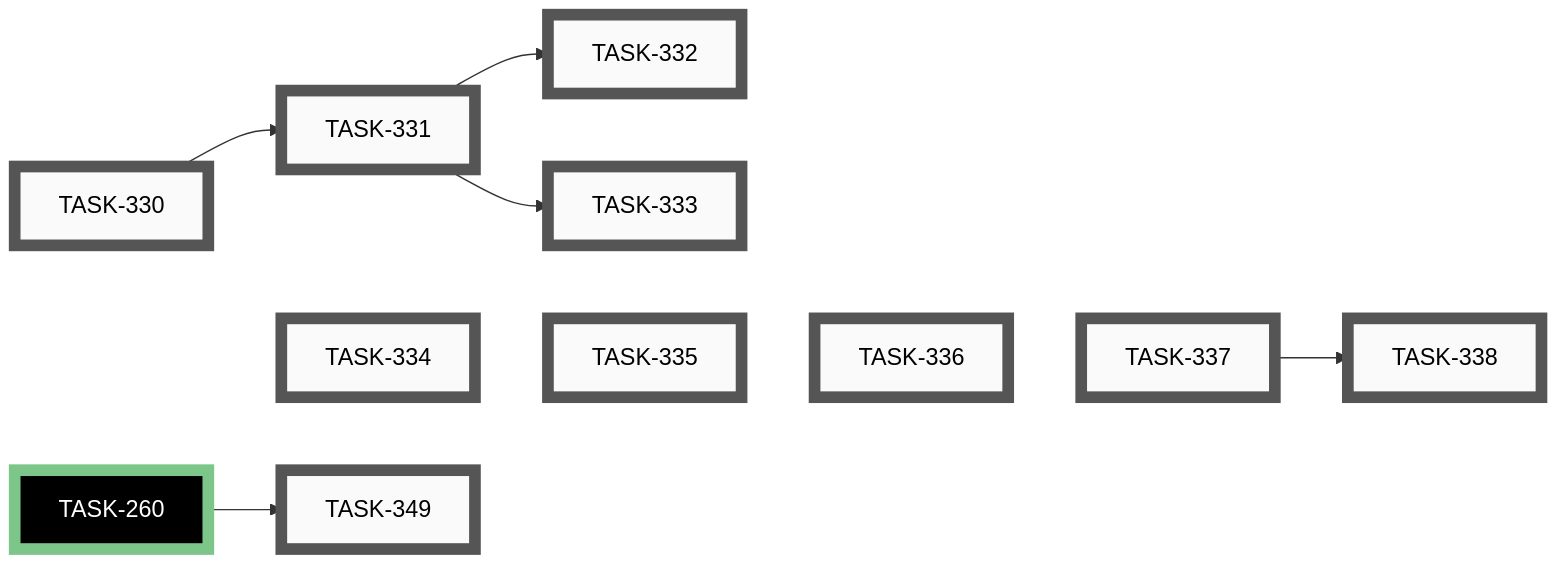
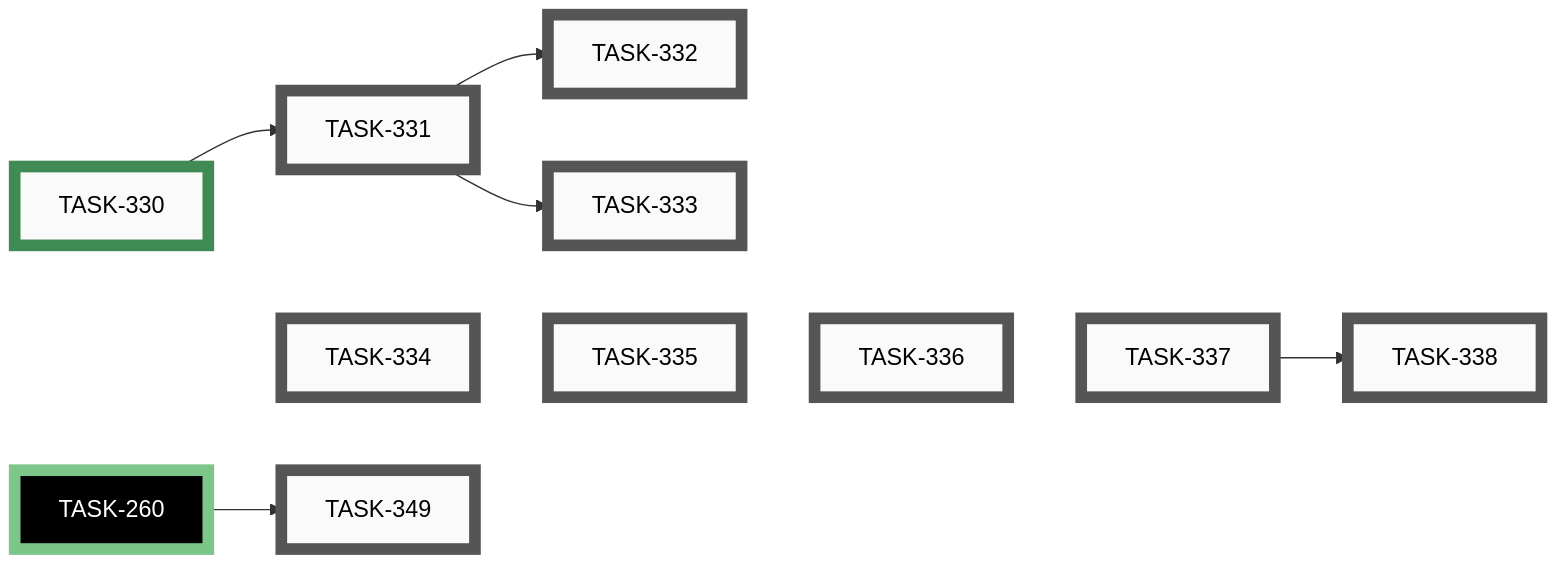
One commit to tgd1975/AwesomeStudioPedal changed the eighth of 10 diagrams in docs/developers/tasks/EPICS.md. Above: the diagram before and after it, drawn with Mermaid. The commit also changed other lines of this file and 8 other files, not shown here.

First line of the commit message:
close TASK-330: decide content-page foundations (Dart strings, English-only, static How-To, auto-show first-run)

````diff
--- a/docs/developers/tasks/EPICS.md
+++ b/docs/developers/tasks/EPICS.md
@@ -296,39 +296,39 @@
 ```mermaid
 graph LR
-    TASK_330["TASK-330"]:::open
     TASK_331["TASK-331"]:::open
     TASK_332["TASK-332"]:::open
     TASK_333["TASK-333"]:::open
     TASK_334["TASK-334"]:::open
     TASK_335["TASK-335"]:::open
     TASK_336["TASK-336"]:::open
     TASK_337["TASK-337"]:::open
     TASK_338["TASK-338"]:::open
     TASK_349["TASK-349"]:::open
+    TASK_330["TASK-330"]:::closed
     TASK_260["TASK-260"]:::closedExt
     TASK_330 --> TASK_331
     TASK_331 --> TASK_332
     TASK_331 --> TASK_333
     TASK_337 --> TASK_338
     TASK_260 --> TASK_349
     TASK_330 ~~~ TASK_334 ~~~ TASK_335 ~~~ TASK_336 ~~~ TASK_337
-    click TASK_330 "open/task-330-decide-content-page-open-questions.md"
     click TASK_331 "open/task-331-add-info-about-page.md"
     click TASK_332 "open/task-332-add-howto-quickstart-page.md"
     click TASK_333 "open/task-333-add-profiles-troubleshooting-legal-pages.md"
     click TASK_334 "open/task-334-add-startup-splash-screen.md"
     click TASK_335 "open/task-335-add-connection-status-strip-and-details-sheet.md"
     click TASK_336 "open/task-336-add-connected-pedal-page-board-only.md"
     click TASK_337 "open/task-337-firmware-expose-version-config-active-profile.md"
     click TASK_338 "open/task-338-add-hid-display-table-and-live-keystroke-page.md"
     click TASK_349 "open/task-349-display-unified-version-in-mobile-app.md"
+    click TASK_330 "closed/task-330-decide-content-page-open-questions.md"
     click TASK_260 "closed/task-260-unify-version-numbers-across-deliverables.md"
     classDef open    fill:#FAFAFA,stroke:#555,stroke-width:8px,color:#000
     classDef active  fill:#FAFAFA,stroke:#1A6FA8,stroke-width:8px,color:#000
     classDef closed  fill:#FAFAFA,stroke:#3F8B53,stroke-width:8px,color:#000
     classDef paused  fill:#FAFAFA,stroke:#B07810,stroke-width:8px,color:#000
     classDef openExt    fill:#000,stroke:#888,stroke-width:8px,color:#FFF
     classDef activeExt  fill:#000,stroke:#3FA9F5,stroke-width:8px,color:#FFF
     classDef closedExt  fill:#000,stroke:#7CC68A,stroke-width:8px,color:#FFF
     classDef pausedExt  fill:#000,stroke:#F0B030,stroke-width:8px,color:#FFF
 ```
````
